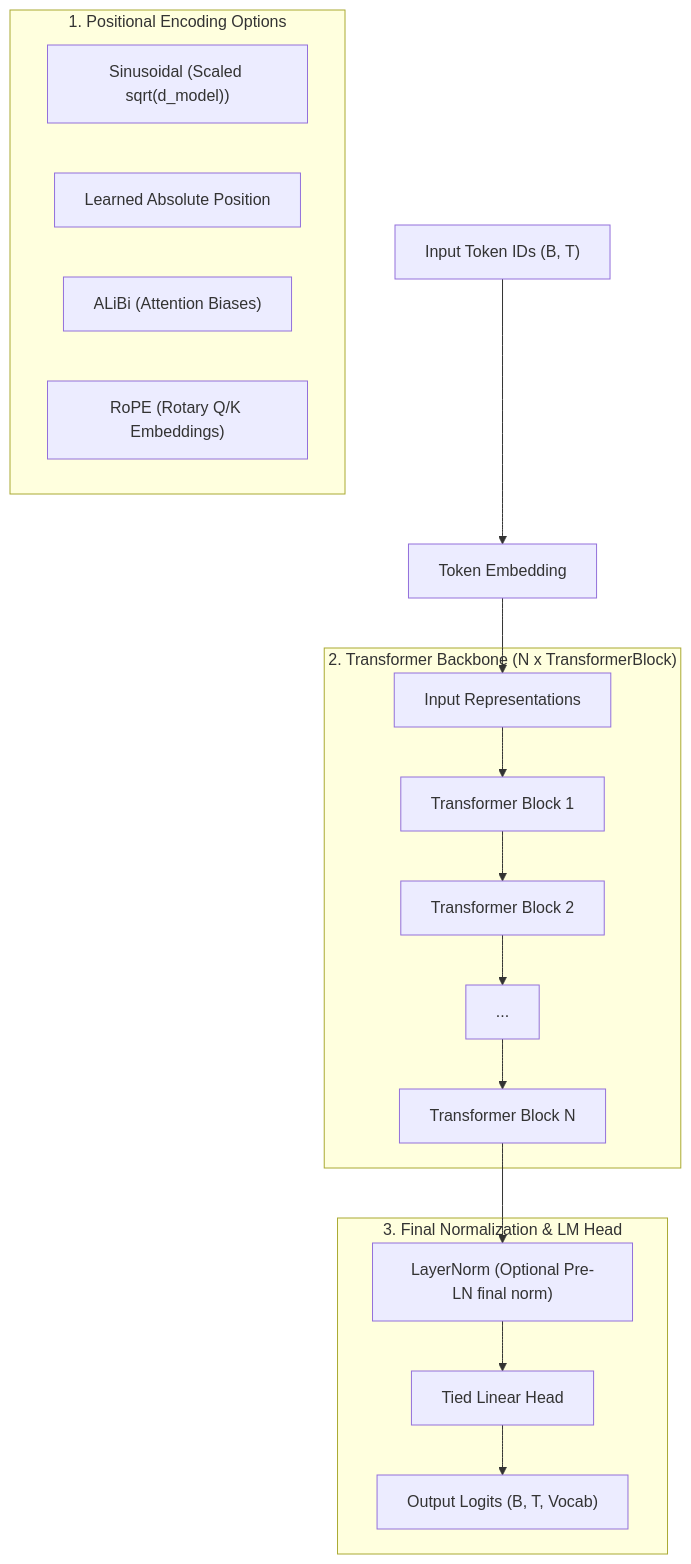
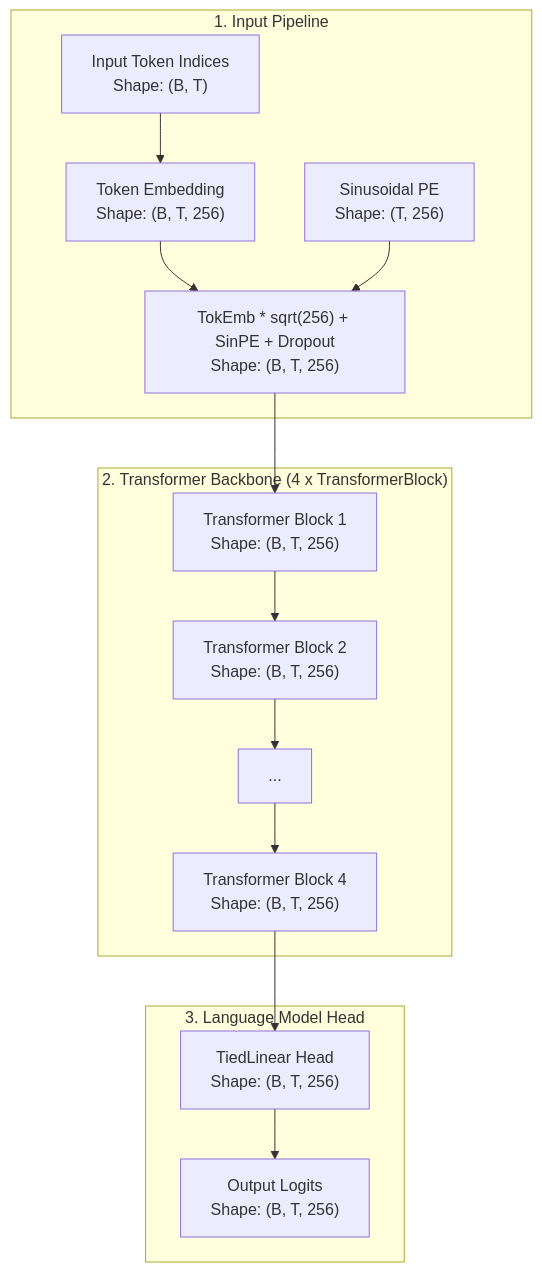
The first of 2 diagrams in docs/models/transformer.md (Ritvik19/NNFS), drawn with Mermaid before and after one commit. The commit also changed other lines of this file and 11 other files, not shown here.

Commit message:
refactor: overhaul model documentation with architecture diagrams and update model implementations

````diff
--- a/docs/models/transformer.md
+++ b/docs/models/transformer.md
@@ -17,26 +26,25 @@
 ```mermaid
-graph TD
-    Input["Input Token IDs (B, T)"] --> TokEmb["Token Embedding"]
-    
-    subgraph PosEnc ["1. Positional Encoding Options"]
-        SinPE["Sinusoidal (Scaled sqrt(d_model))"]
-        LearnPE["Learned Absolute Position"]
-        ALiBiPE["ALiBi (Attention Biases)"]
-        RoPEPE["RoPE (Rotary Q/K Embeddings)"]
-    end
-    
-    TokEmb --> SumEmb["Input Representations"]
-    
-    subgraph Blocks ["2. Transformer Backbone (N x TransformerBlock)"]
-        SumEmb --> Block1["Transformer Block 1"]
-        Block1 --> Block2["Transformer Block 2"]
-        Block2 --> Dots["..."]
-        Dots --> BlockN["Transformer Block N"]
+flowchart TD
+    subgraph Input ["1. Input Pipeline"]
+        TokenIDs["Input Token Indices<br/>Shape: (B, T)"]
+        TokEmb["Token Embedding<br/>Shape: (B, T, 256)"]
+        SinPE["Sinusoidal PE<br/>Shape: (T, 256)"]
+        SumEmb["TokEmb * sqrt(256) + SinPE + Dropout<br/>Shape: (B, T, 256)"]
+        
+        TokenIDs --> TokEmb
+        TokEmb --> SumEmb
+        SinPE --> SumEmb
     end
 
-    subgraph Output ["3. Final Normalization & LM Head"]
-        BlockN --> LN["LayerNorm (Optional Pre-LN final norm)"]
-        LN --> Head["Tied Linear Head"]
-        Head --> Logits["Output Logits (B, T, Vocab)"]
+    subgraph Blocks ["2. Transformer Backbone (4 x TransformerBlock)"]
+        SumEmb --> Block1["Transformer Block 1<br/>Shape: (B, T, 256)"]
+        Block1 --> Block2["Transformer Block 2<br/>Shape: (B, T, 256)"]
+        Block2 --> Dots["..."]
+        Dots --> Block4["Transformer Block 4<br/>Shape: (B, T, 256)"]
+    end
+
+    subgraph Head ["3. Language Model Head"]
+        Block4 --> LMHead["TiedLinear Head<br/>Shape: (B, T, 256)"]
+        LMHead --> Logits["Output Logits<br/>Shape: (B, T, 256)"]
     end
 ```
````
